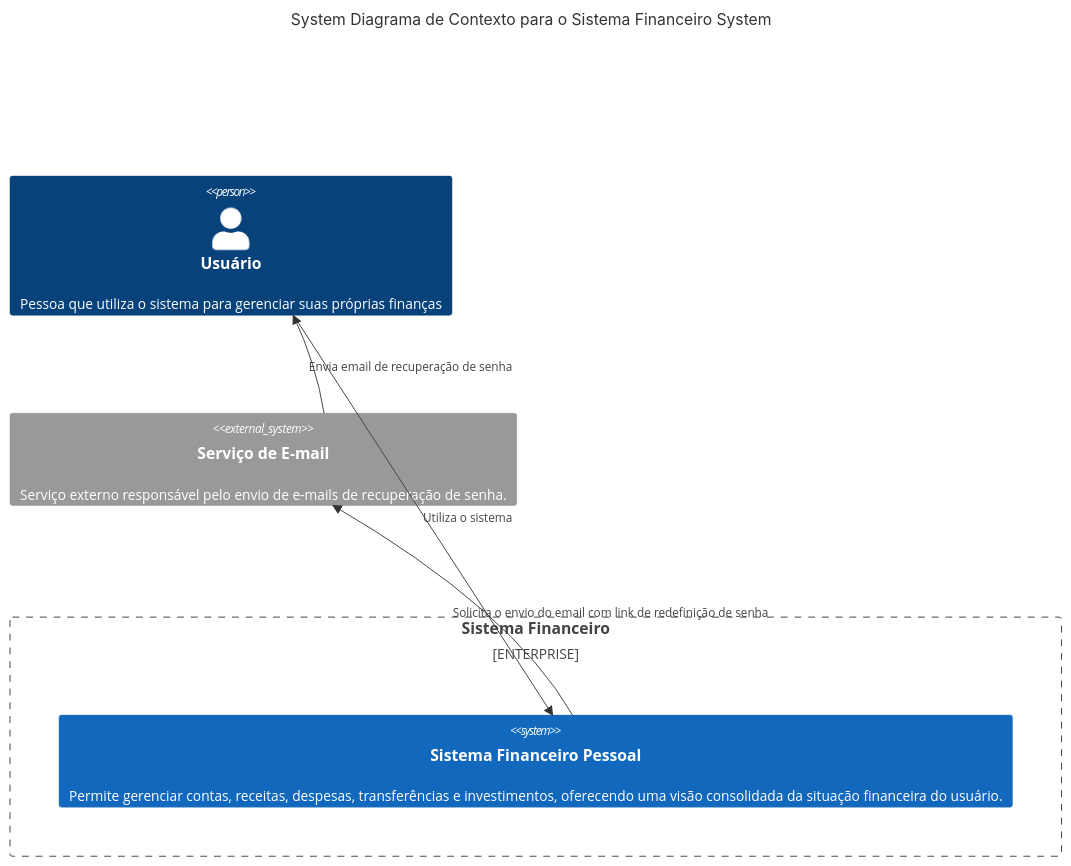
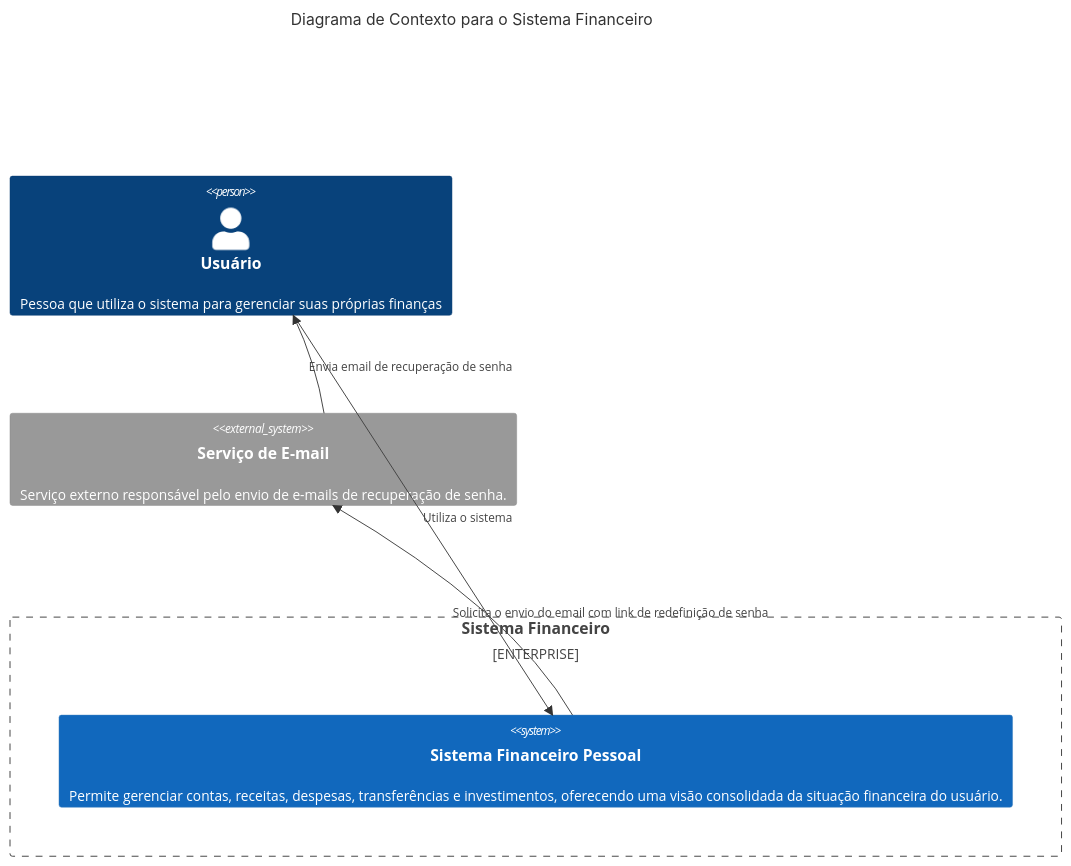
Before and after one commit to TiagoPaulin/Sistema_Financeiro: the diagram in documentation/diagrams/c4-context.md, drawn with Mermaid. The commit also changed 1 other file, not shown here.

Commit message:
C4 Diagrams fixes

````diff
--- a/documentation/diagrams/c4-context.md
+++ b/documentation/diagrams/c4-context.md
@@ -3,12 +3,12 @@
 ```mermaid
 C4Context
-    title System Diagrama de Contexto para o Sistema Financeiro System
-    Person(customerA, "Usuário", "Pessoa que utiliza o sistema para gerenciar suas próprias finanças")
+    title Diagrama de Contexto para o Sistema Financeiro
+    Person(costumer, "Usuário", "Pessoa que utiliza o sistema para gerenciar suas próprias finanças")
     Enterprise_Boundary(b0, "Sistema Financeiro") {
-        System(SystemAA, "Sistema Financeiro Pessoal", "Permite gerenciar contas, receitas, despesas, transferências e investimentos, oferecendo uma visão consolidada da situação financeira do usuário.")
+        System(system, "Sistema Financeiro Pessoal", "Permite gerenciar contas, receitas, despesas, transferências e investimentos, oferecendo uma visão consolidada da situação financeira do usuário.")
     }
-    System_Ext(SystemC, "Serviço de E-mail", "Serviço externo responsável pelo envio de e-mails de recuperação de senha.")
-    Rel(customerA, SystemAA, "Utiliza o sistema")
-    Rel(SystemAA, SystemC, "Solicita o envio do email com link de redefinição de senha")
-    Rel(SystemC, customerA, "Envia email de recuperação de senha")
+    System_Ext(system_ext, "Serviço de E-mail", "Serviço externo responsável pelo envio de e-mails de recuperação de senha.")
+    Rel(costumer, system, "Utiliza o sistema")
+    Rel(system, system_ext, "Solicita o envio do email com link de redefinição de senha")
+    Rel(system_ext, costumer, "Envia email de recuperação de senha")
 ```
````
